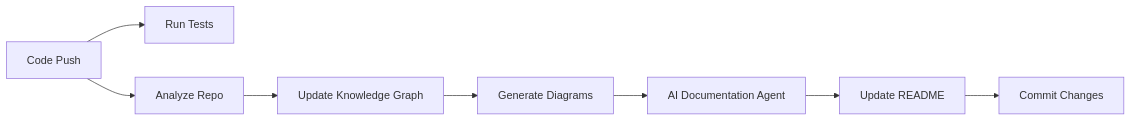
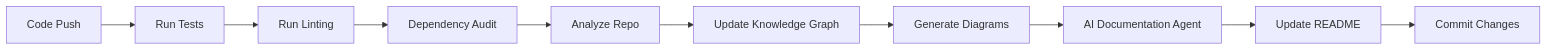
The diagram in docs/architecture/cicd.mmd (NITISH-R-G/openScale), drawn with Mermaid before and after one commit. The commit also changed 10 other files, not shown here.

```diff
--- a/docs/architecture/cicd.mmd
+++ b/docs/architecture/cicd.mmd
@@ -1,8 +1,10 @@
 graph LR;
     Push[Code Push] --> Tests[Run Tests];
-    Push --> Analysis[Analyze Repo];
+    Tests --> Lint[Run Linting];
+    Lint --> Deps[Dependency Audit];
+    Deps --> Analysis[Analyze Repo];
     Analysis --> Graph[Update Knowledge Graph];
     Graph --> Diagrams[Generate Diagrams];
     Diagrams --> AI[AI Documentation Agent];
     AI --> Readme[Update README];
     Readme --> Commit[Commit Changes];
```
